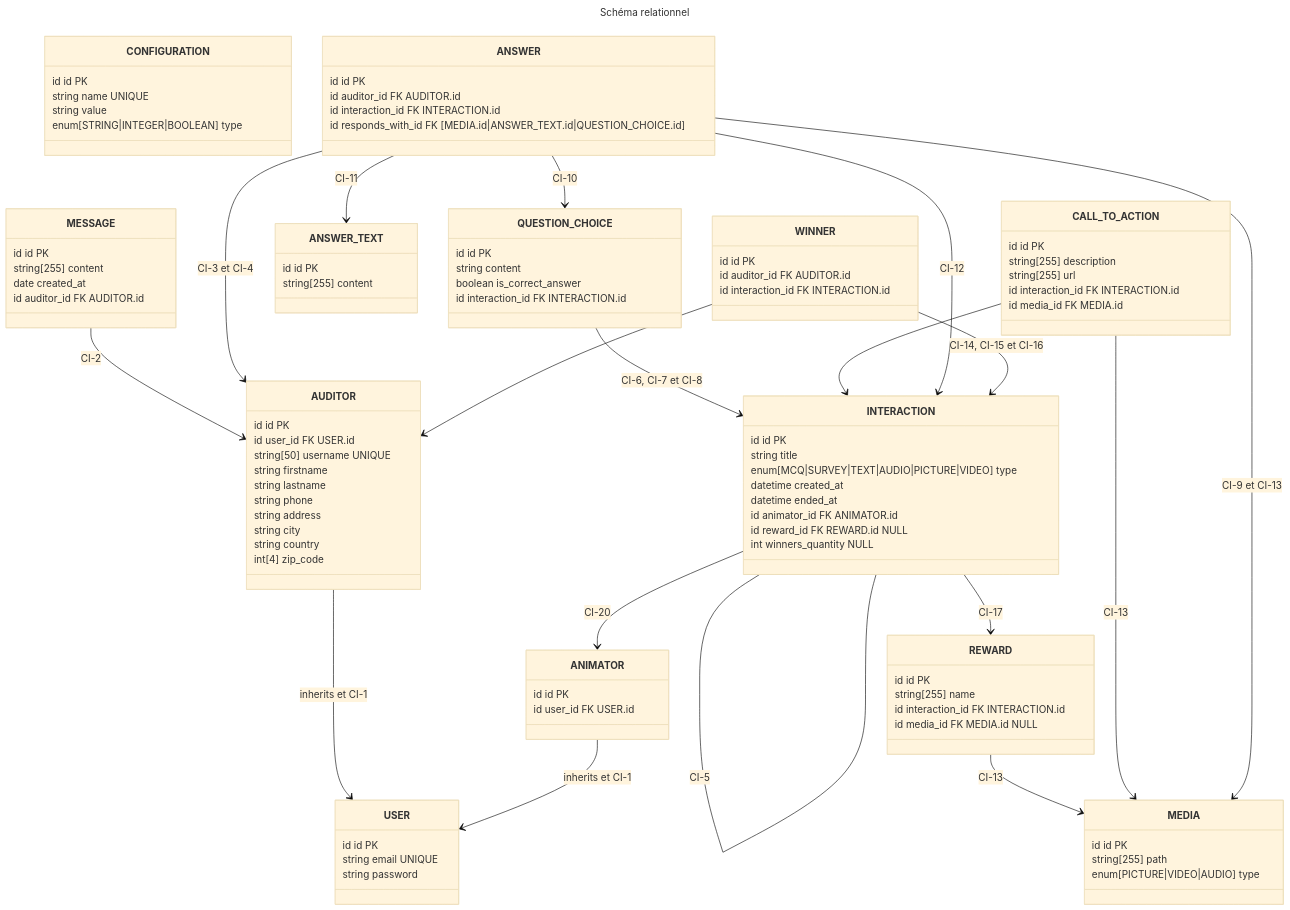
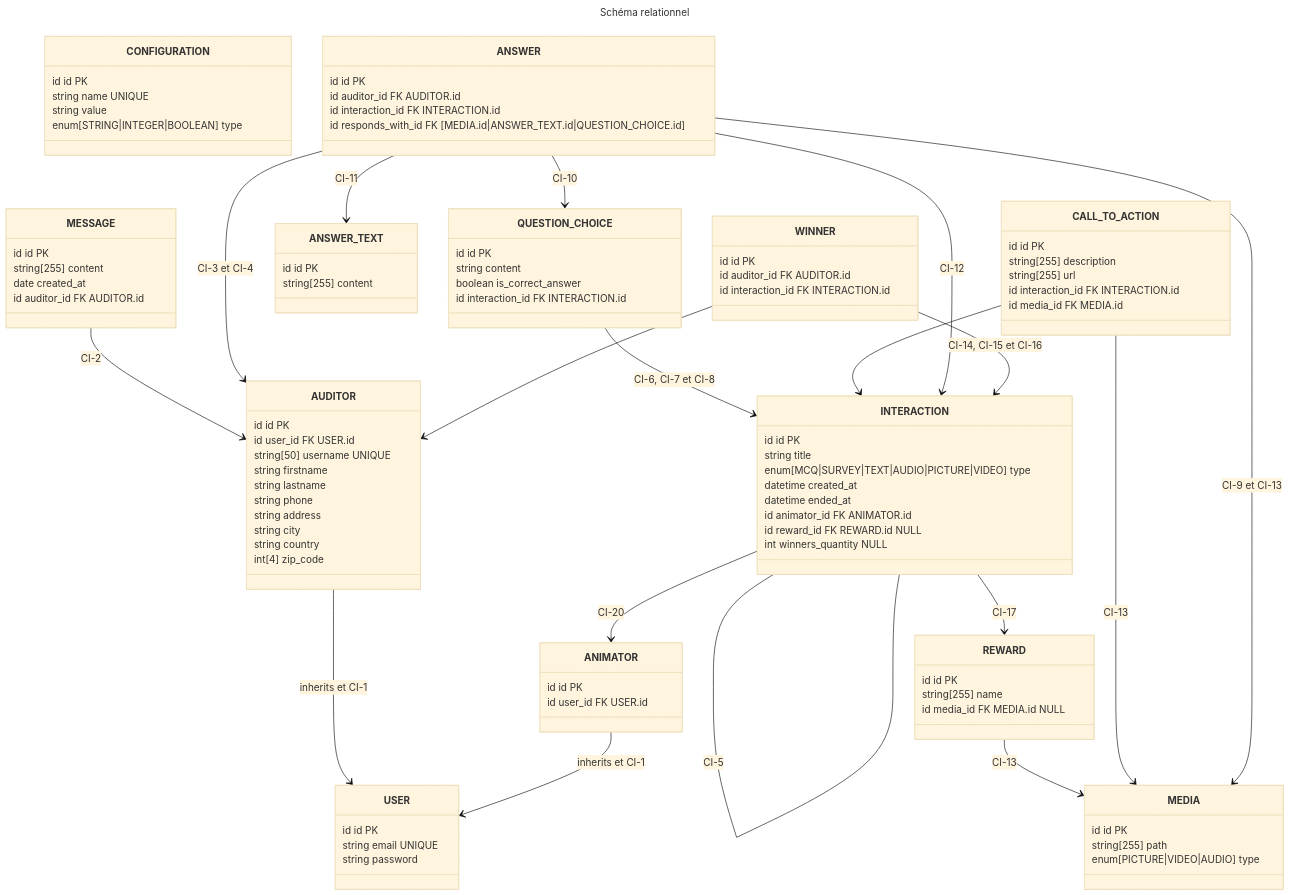
One commit to C-Super/couleur3 changed the diagram in docs/database/relational-schema.md. Above: the diagram before and after it, drawn with Mermaid (base theme).

Commit message:
Update relational-schema.md
remove reward fk_interaction

```diff
--- a/docs/database/relational-schema.md
+++ b/docs/database/relational-schema.md
@@ -62,7 +62,6 @@
     class REWARD {
         id id PK
         string[255] name
-        id interaction_id FK INTERACTION.id
         id media_id FK MEDIA.id NULL
     }
 
```
